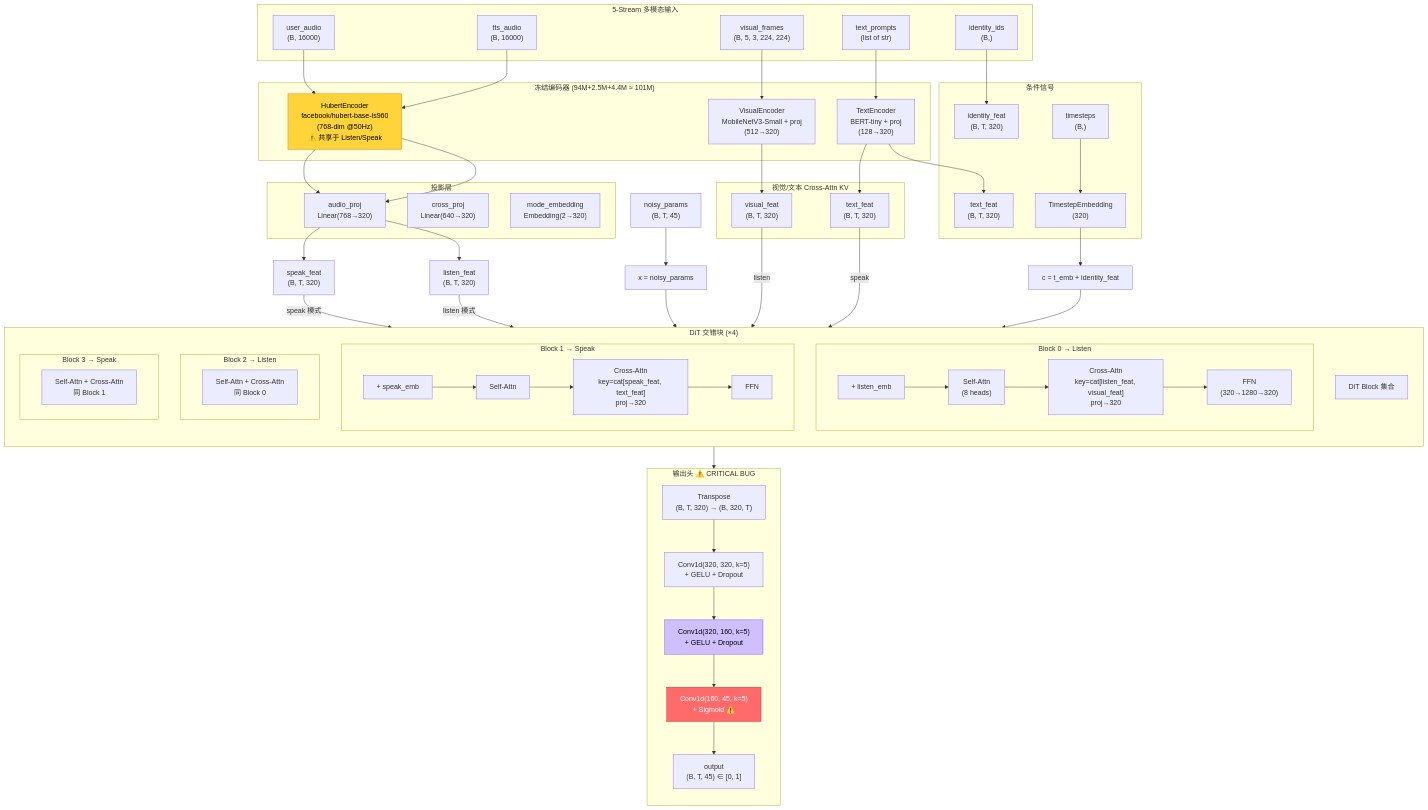
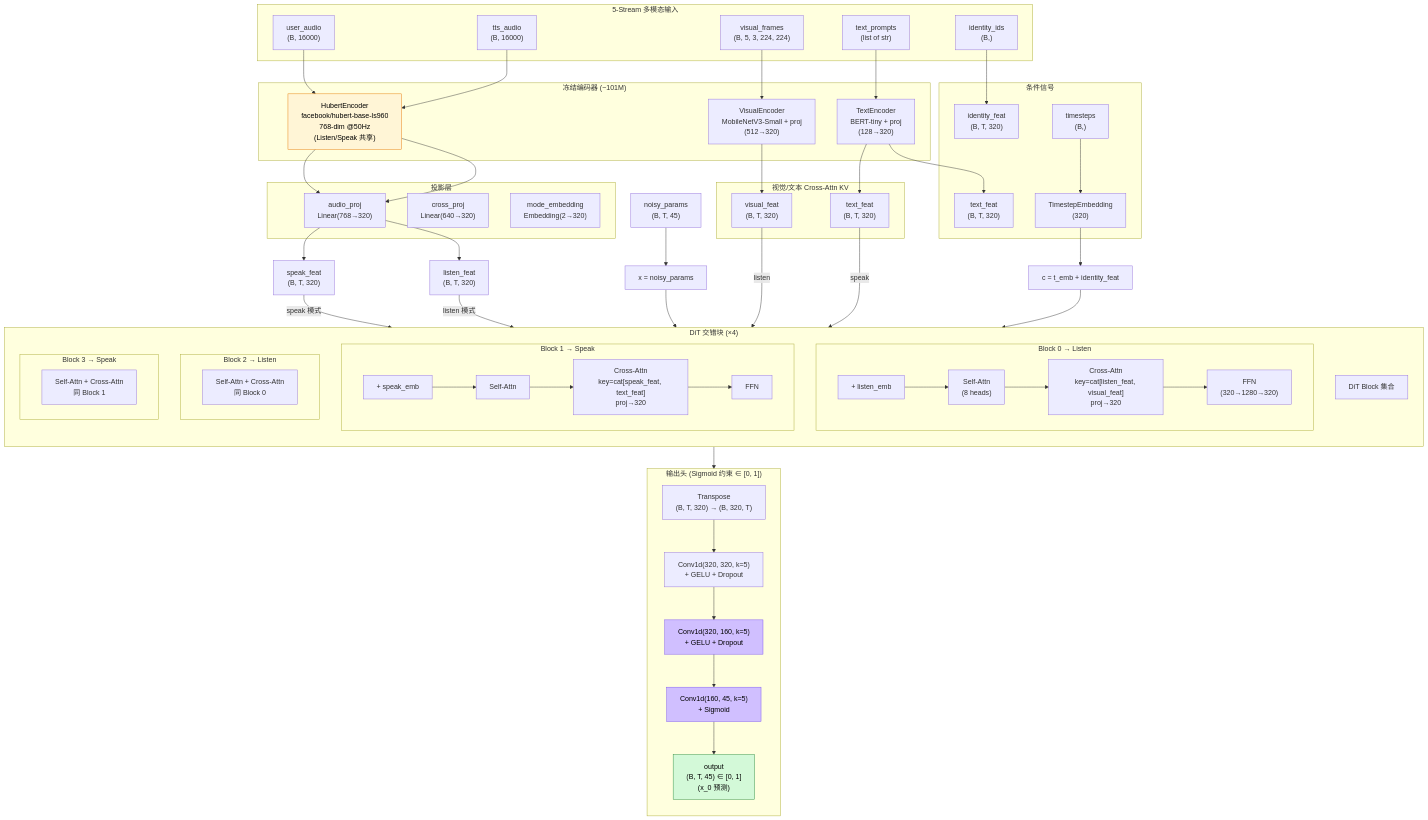
Before and after one commit to AsdfAlex-learning/Amadeus: the second of 11 diagrams in docs/ARCHITECTURE_DIAGRAMS.md, drawn with Mermaid. The commit also changed other lines of this file, not shown here.

````diff
--- a/docs/ARCHITECTURE_DIAGRAMS.md
+++ b/docs/ARCHITECTURE_DIAGRAMS.md
@@ -64,8 +84,8 @@
         ID["identity_ids<br/>(B,)"]
     end
 
-    subgraph Encoders["冻结编码器 (94M+2.5M+4.4M ≈ 101M)"]
-        HE["HubertEncoder<br/>facebook/hubert-base-ls960<br/>(768-dim @50Hz)<br/>⚠️ 共享于 Listen/Speak"]
+    subgraph Encoders["冻结编码器 (~101M)"]
+        HE["HubertEncoder<br/>facebook/hubert-base-ls960<br/>768-dim @50Hz<br/>(Listen/Speak 共享)"]
         VE["VisualEncoder<br/>MobileNetV3-Small + proj<br/>(512→320)"]
         TE["TextEncoder<br/>BERT-tiny + proj<br/>(128→320)"]
     end
@@ -135,20 +155,21 @@
     VF_CROSS -->|"listen"| CA0
     TP_CROSS -->|"speak"| CA1
 
-    subgraph OutputHead["输出头 ⚠️ CRITICAL BUG"]
+    subgraph OutputHead["输出头 (Sigmoid 约束 ∈ [0, 1])"]
         direction TB
         TRANS["Transpose<br/>(B, T, 320) → (B, 320, T)"]
         C1["Conv1d(320, 320, k=5)<br/>+ GELU + Dropout"]
         C2["Conv1d(320, 160, k=5)<br/>+ GELU + Dropout"]
-        C3["Conv1d(160, 45, k=5)<br/>+ Sigmoid ⚠️"]
-        OUT["output<br/>(B, T, 45) ∈ [0, 1]"]
+        C3["Conv1d(160, 45, k=5)<br/>+ Sigmoid"]
+        OUT["output<br/>(B, T, 45) ∈ [0, 1]<br/>(x_0 预测)"]
     end
 
     BLOCKS --> TRANS --> C1 --> C2 --> C3 --> OUT
 
     NOISE["noisy_params<br/>(B, T, 45)"] --> X["x = noisy_params"] --> BLOCKS
 
-    style C3 fill:#ff6b6b,stroke:#c92a2a,color:#fff
-    style HE fill:#ffd43b,stroke:#e67700,color:#000
+    style C3 fill:#d0bfff,stroke:#7950f2,color:#000
+    style HE fill:#fff5d6,stroke:#e67700,color:#000
     style C2 fill:#d0bfff,stroke:#7950f2,color:#000
+    style OUT fill:#d3f9d8,stroke:#2b8a3e,color:#000
 ```
````
